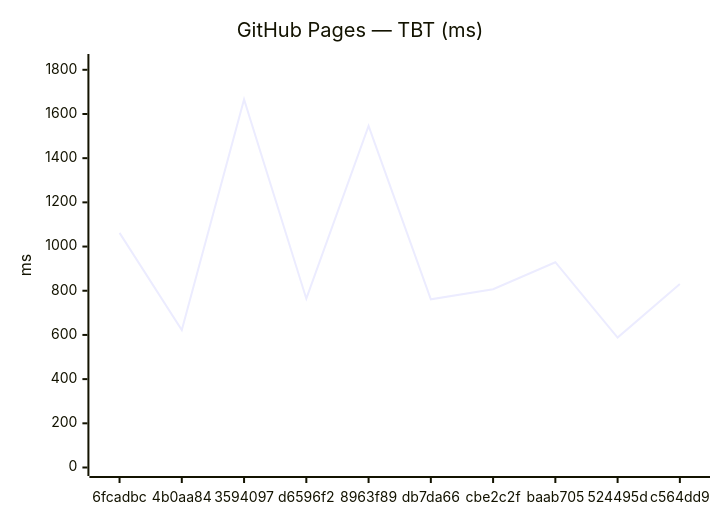
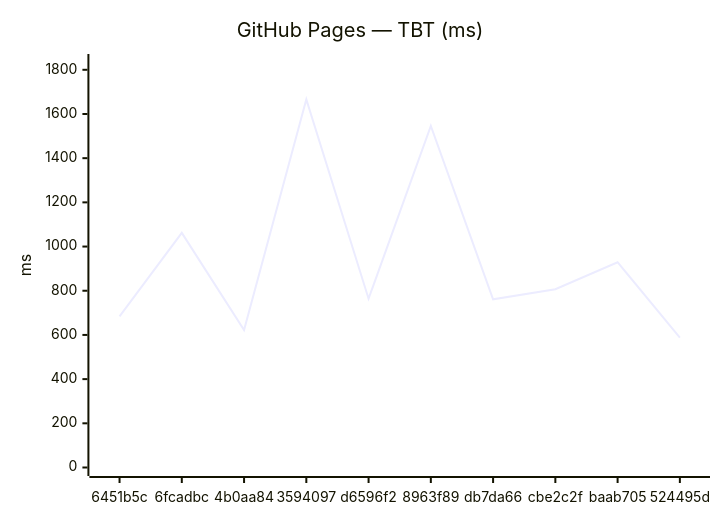
One commit to Metaheurist/Rianell changed the fourth of 12 diagrams in benchmarks/compare.md. Above: the diagram before and after it, drawn with Mermaid. The commit also changed other lines of this file and 8 other files, not shown here.

````diff
--- a/benchmarks/compare.md
+++ b/benchmarks/compare.md
@@ -61,7 +61,7 @@
 ```mermaid
 xychart-beta
     title "GitHub Pages — TBT (ms)"
-    x-axis ["6fcadbc", "4b0aa84", "3594097", "d6596f2", "8963f89", "db7da66", "cbe2c2f", "baab705", "524495d", "c564dd9"]
+    x-axis ["6451b5c", "6fcadbc", "4b0aa84", "3594097", "d6596f2", "8963f89", "db7da66", "cbe2c2f", "baab705", "524495d"]
     y-axis "ms" 0 --> 1833
-    line [1062, 622, 1666, 764, 1546, 761, 807, 929, 588, 830]
+    line [684, 1062, 622, 1666, 764, 1546, 761, 807, 929, 588]
 ```
````
